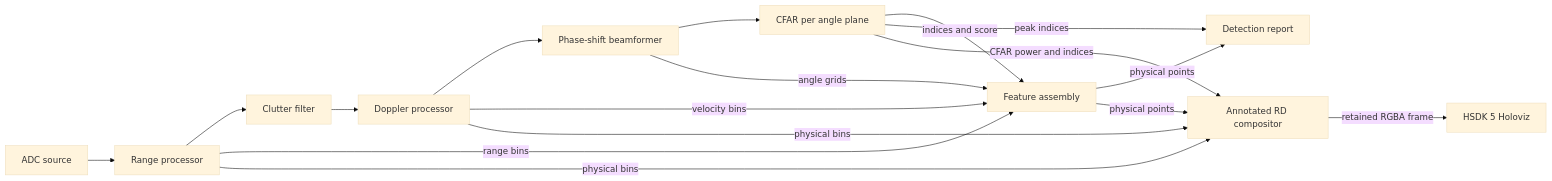
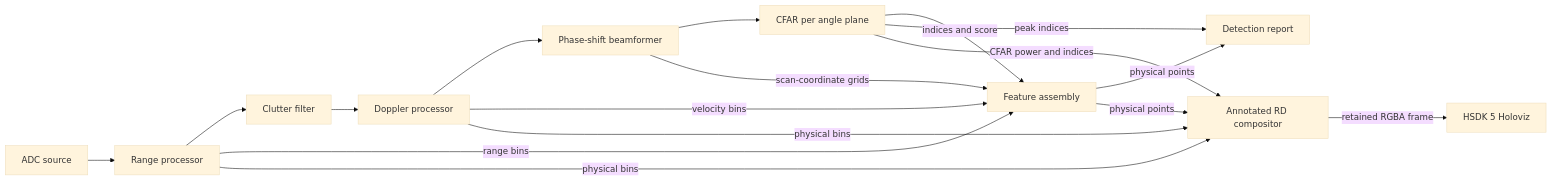
One commit to nvidia-holoscan/holoscan-radar changed the second of 2 diagrams in applications/fmcw/simo/README.md. Above: the diagram before and after it, drawn with Mermaid (base theme). The commit also changed other lines of this file and 89 other files, not shown here.

Commit message:
Angle: Rename scan grids to coordinates

````diff
--- a/applications/fmcw/simo/README.md
+++ b/applications/fmcw/simo/README.md
@@ -48,19 +48,19 @@
 ```mermaid
 flowchart LR
     ADC[ADC source] --> Range[Range processor]
     Range --> Clutter[Clutter filter]
     Clutter --> Doppler[Doppler processor]
     Doppler --> Beamformer[Phase-shift beamformer]
     Beamformer --> CFAR[CFAR per angle plane]
     CFAR -- indices and score --> Features[Feature assembly]
-    Beamformer -- angle grids --> Features
+    Beamformer -- scan-coordinate grids --> Features
     Range -- range bins --> Features
     Doppler -- velocity bins --> Features
     CFAR -- peak indices --> Report[Detection report]
     Features -- physical points --> Report
     CFAR -- CFAR power and indices --> Display[Annotated RD compositor]
     Features -- physical points --> Display
     Range -- physical bins --> Display
     Doppler -- physical bins --> Display
     Display -- retained RGBA frame --> Holoviz[HSDK 5 Holoviz]
 ```
````
